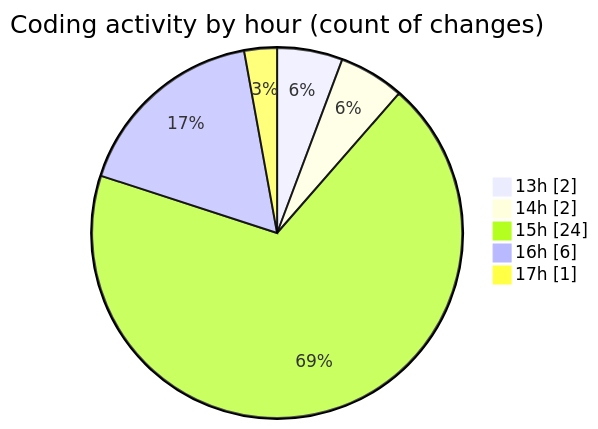
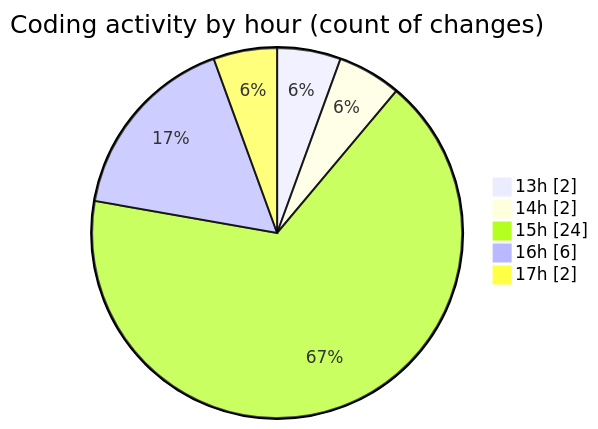
The second of 2 diagrams in 2025-06-17/nxtqube_webapp/README.md (nxtqubesakshisongat/code-tracking), drawn with Mermaid before and after one commit. The commit also changed other lines of this file and 1 other file, not shown here.

````diff
--- a/2025-06-17/nxtqube_webapp/README.md
+++ b/2025-06-17/nxtqube_webapp/README.md
@@ -28,9 +30,9 @@
 ```mermaid
 pie showData
 title Coding activity by hour (count of changes)
 "13h" : 2
 "14h" : 2
 "15h" : 24
 "16h" : 6
-"17h" : 1
+"17h" : 2
 ```
````
